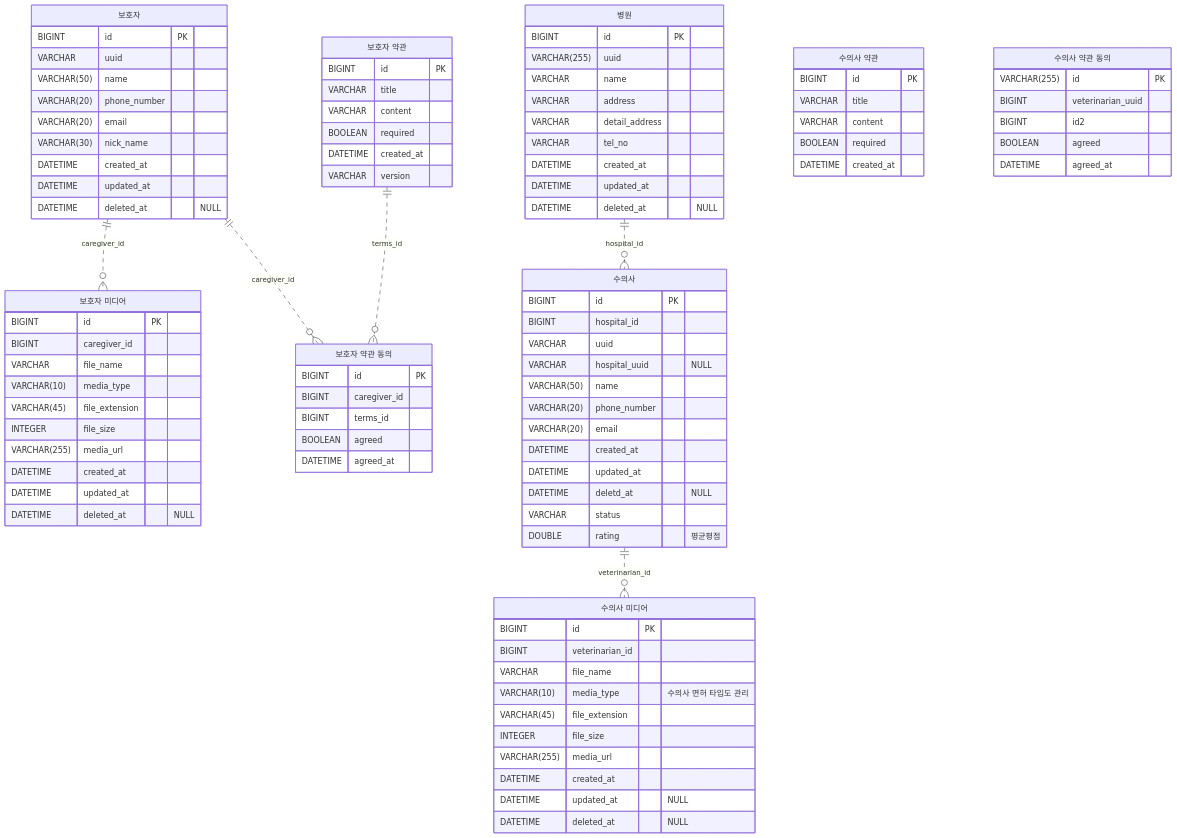
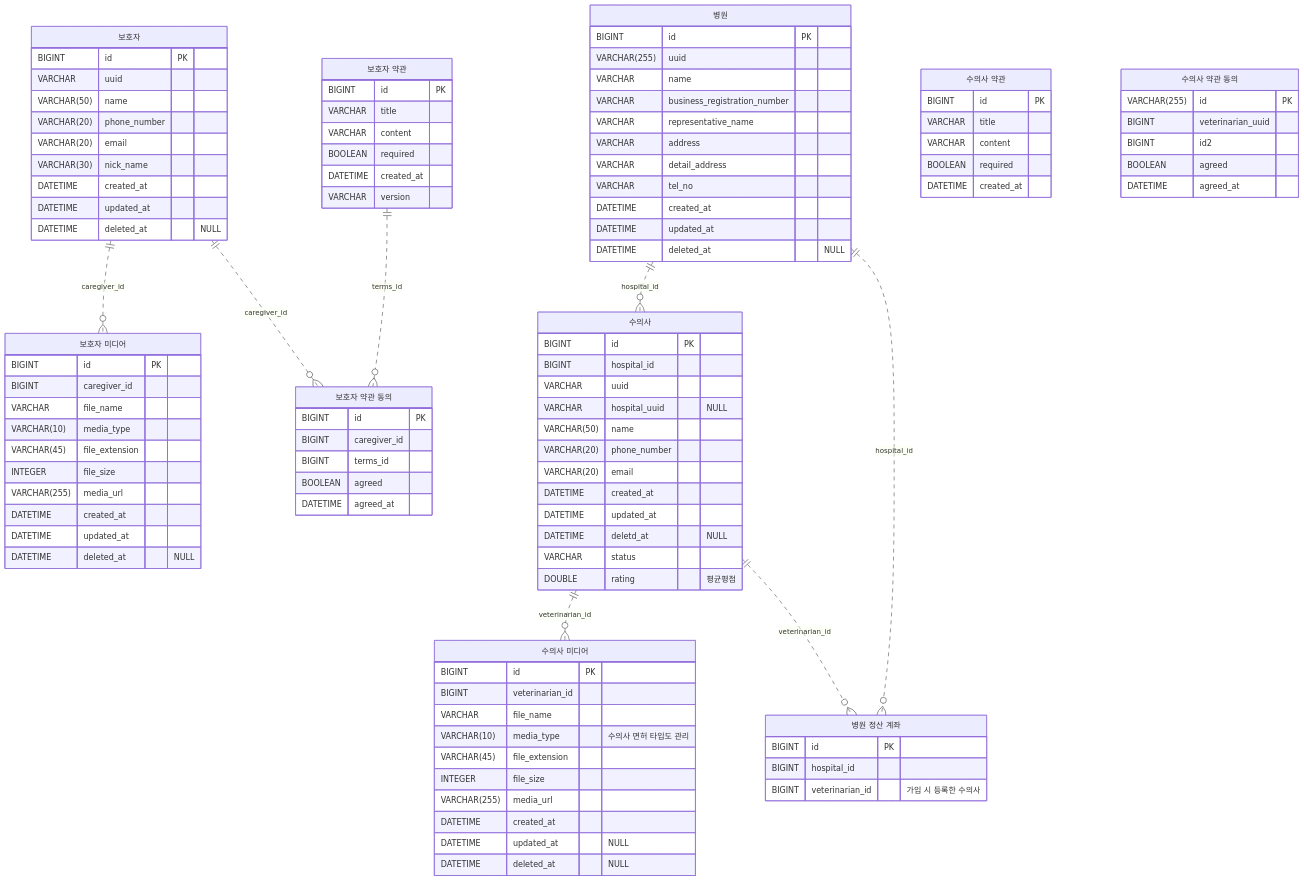
Before and after one commit to louie-kury/louie-kury-back: the second of 7 diagrams in docs/erd.md, drawn with Mermaid. The commit also changed other lines of this file, not shown here.

````diff
--- a/docs/erd.md
+++ b/docs/erd.md
@@ -102,6 +104,8 @@
     "보호자 약관" ||..o{ "보호자 약관 동의" : "terms_id"
     "수의사" ||..o{ "수의사 미디어" : "veterinarian_id"
     "병원" ||..o{ "수의사" : "hospital_id"
+    "병원" ||..o{ "병원 정산 계좌" : "hospital_id"
+    "수의사" ||..o{ "병원 정산 계좌" : "veterinarian_id"
 
     "보호자" {
         BIGINT id PK
@@ -185,6 +189,8 @@
         BIGINT id PK
         VARCHAR(255) uuid
         VARCHAR name
+        VARCHAR business_registration_number
+        VARCHAR representative_name
         VARCHAR address
         VARCHAR detail_address
         VARCHAR tel_no
@@ -192,4 +198,9 @@
         DATETIME updated_at
         DATETIME deleted_at "NULL"
     }
+    "병원 정산 계좌" {
+        BIGINT id PK
+        BIGINT hospital_id
+        BIGINT veterinarian_id "가입 시 등록한 수의사"
+    }
 ```
````
